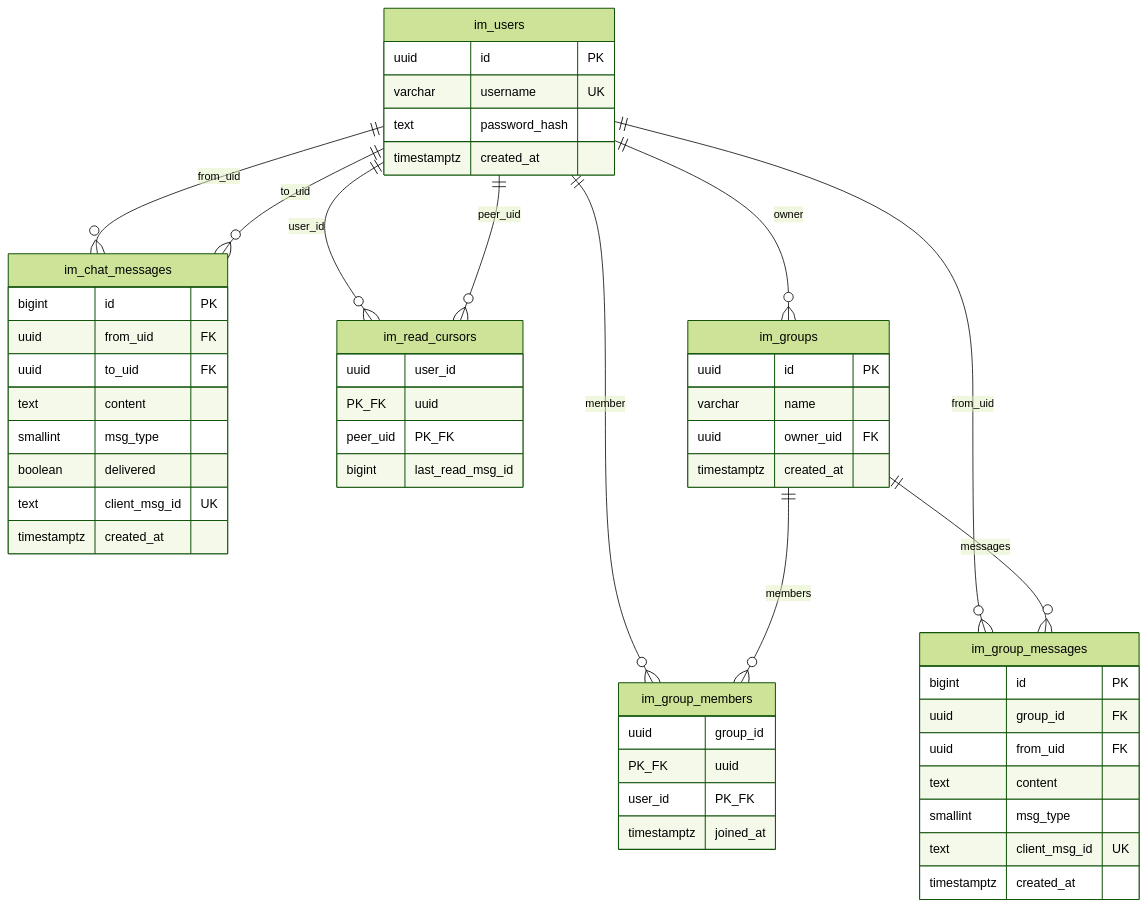
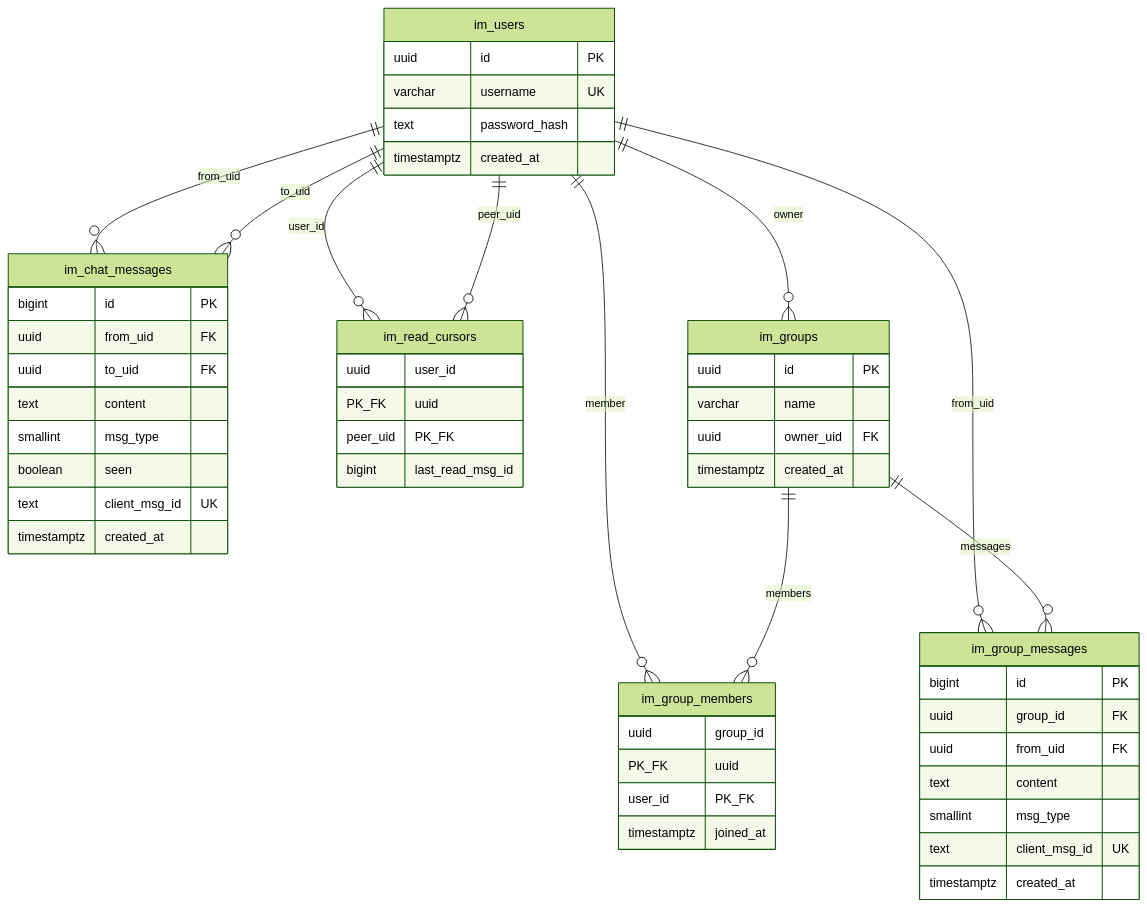
The first of 10 diagrams in doc/schema.md (csmyx/myx-im), drawn with Mermaid (forest theme) before and after one commit. The commit also changed other lines of this file and 4 other files, not shown here.

````diff
--- a/doc/schema.md
+++ b/doc/schema.md
@@ -5,59 +5,59 @@
 ```mermaid
 erDiagram
     im_users {
         uuid id PK
         varchar username UK
         text password_hash
         timestamptz created_at
     }
 
     im_chat_messages {
         bigint id PK
         uuid from_uid FK
         uuid to_uid FK
         text content
         smallint msg_type
-        boolean delivered
+        boolean seen
         text client_msg_id UK
         timestamptz created_at
     }
 
     im_read_cursors {
         uuid user_id PK_FK
         uuid peer_uid PK_FK
         bigint last_read_msg_id
     }
 
     im_groups {
         uuid id PK
         varchar name
         uuid owner_uid FK
         timestamptz created_at
     }
 
     im_group_members {
         uuid group_id PK_FK
         uuid user_id PK_FK
         timestamptz joined_at
     }
 
     im_group_messages {
         bigint id PK
         uuid group_id FK
         uuid from_uid FK
         text content
         smallint msg_type
         text client_msg_id UK
         timestamptz created_at
     }
 
     im_users ||--o{ im_chat_messages : "from_uid"
     im_users ||--o{ im_chat_messages : "to_uid"
     im_users ||--o{ im_read_cursors : "user_id"
     im_users ||--o{ im_read_cursors : "peer_uid"
     im_users ||--o{ im_groups : "owner"
     im_users ||--o{ im_group_members : "member"
     im_users ||--o{ im_group_messages : "from_uid"
     im_groups ||--o{ im_group_members : "members"
     im_groups ||--o{ im_group_messages : "messages"
 ```
````
